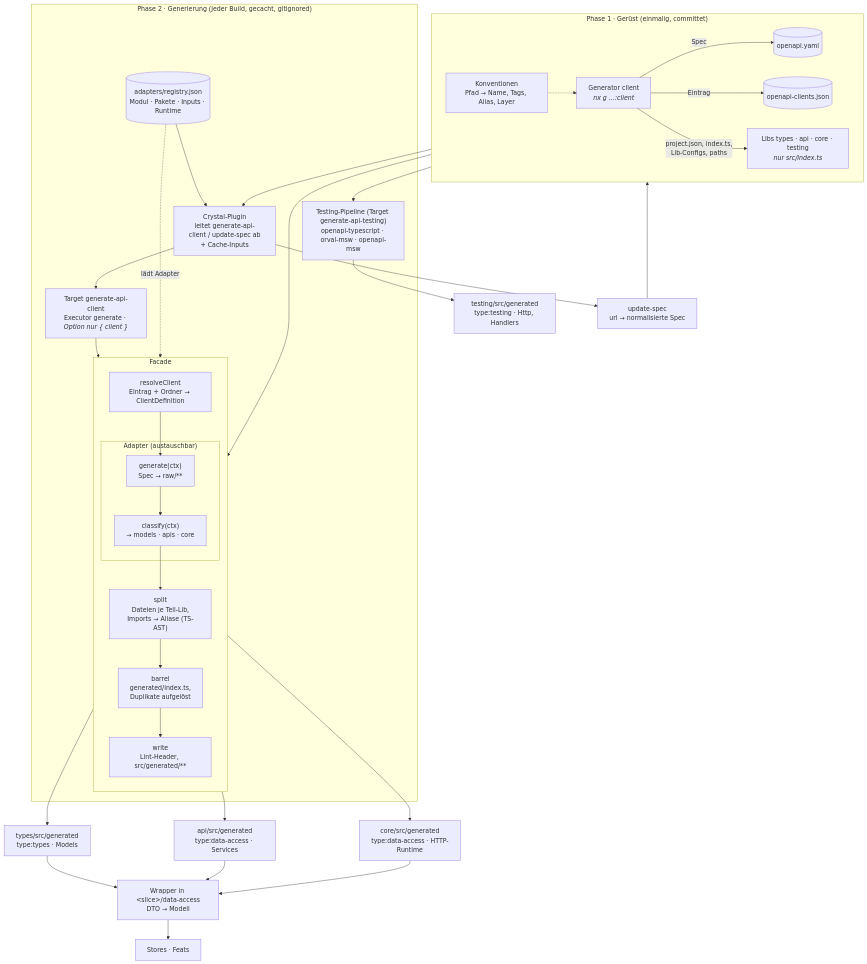
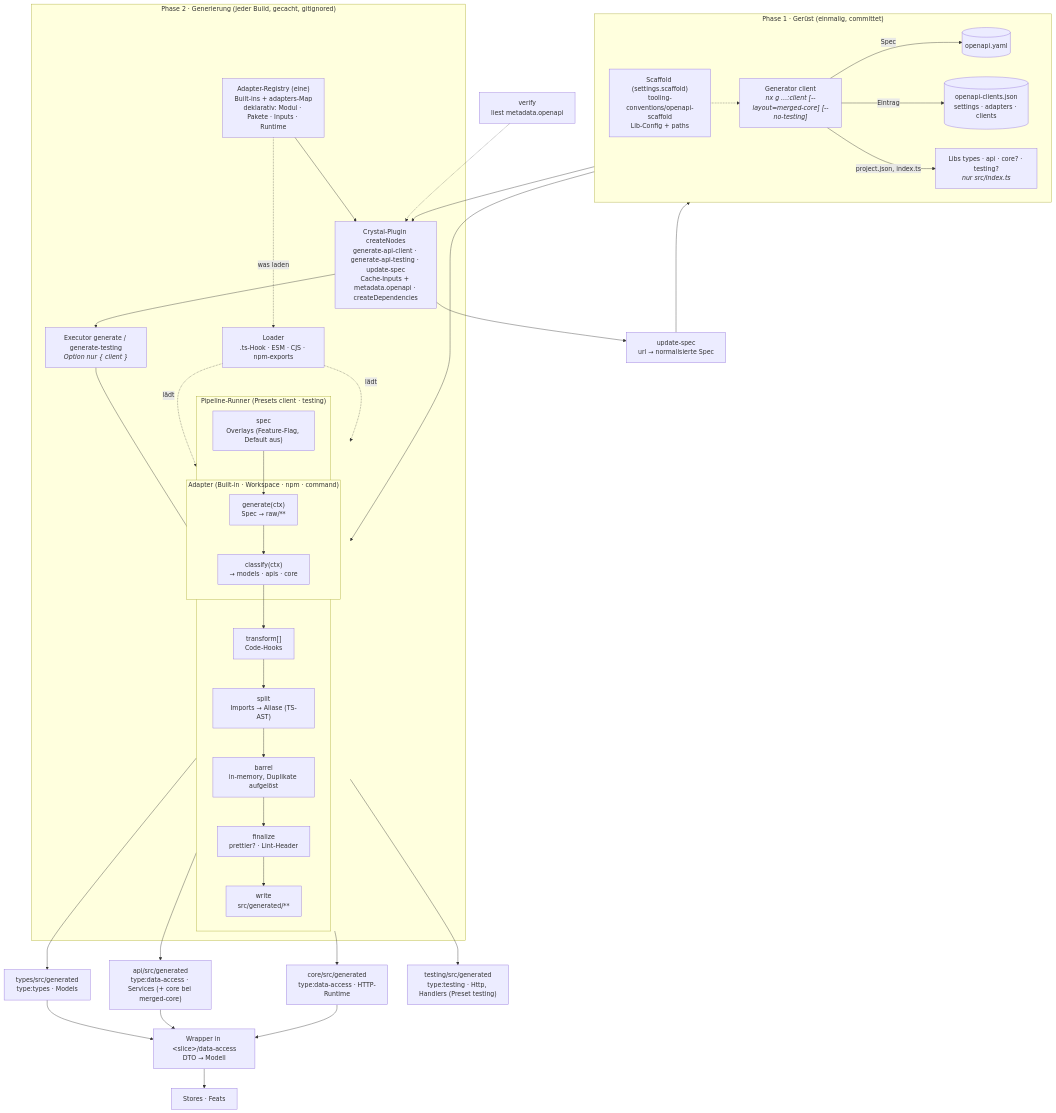
One commit to michaelbe812/mo-transfer changed the diagram in docs/nx-umsetzung.md. Above: the diagram before and after it, drawn with Mermaid. The commit also changed other lines of this file and 5 other files, not shown here.

First line of the commit message:
docs: openapi-pipeline-architektur, consumer-guide, diagramm

````diff
--- a/docs/nx-umsetzung.md
+++ b/docs/nx-umsetzung.md
@@ -405,47 +406,50 @@
 ```mermaid
 flowchart TB
   subgraph P1["Phase 1 · Gerüst (einmalig, committet)"]
     direction LR
-    G["Generator client<br/><i>nx g …:client</i>"]
+    G["Generator client<br/><i>nx g …:client [--layout=merged-core] [--no-testing]</i>"]
     G -->|Spec| SPEC[("openapi.yaml")]
-    G -->|Eintrag| REG[("openapi-clients.json")]
-    G -->|"project.json, index.ts,<br/>Lib-Configs, paths"| LIBS["Libs types · api · core · testing<br/><i>nur src/index.ts</i>"]
-    CONV["Konventionen<br/>Pfad → Name, Tags, Alias, Layer"] -.-> G
+    G -->|Eintrag| REG[("openapi-clients.json<br/>settings · adapters · clients")]
+    G -->|"project.json, index.ts"| LIBS["Libs types · api · core? · testing?<br/><i>nur src/index.ts</i>"]
+    SCAF["Scaffold (settings.scaffold)<br/>tooling-conventions/openapi-scaffold<br/>Lib-Config + paths"] -.-> G
   end
 
   subgraph P2["Phase 2 · Generierung (jeder Build, gecacht, gitignored)"]
-    PLUGIN["Crystal-Plugin<br/>leitet generate-api-client / update-spec ab<br/>+ Cache-Inputs"]
-    ADREG[("adapters/registry.json<br/>Modul · Pakete · Inputs · Runtime")]
-    EXEC["Target generate-api-client<br/>Executor generate · <i>Option nur { client }</i>"]
-    subgraph FACADE["Facade"]
+    PLUGIN["Crystal-Plugin createNodes<br/>generate-api-client · generate-api-testing · update-spec<br/>Cache-Inputs + metadata.openapi · createDependencies"]
+    ADREG["Adapter-Registry (eine)<br/>Built-ins + adapters-Map<br/>deklarativ: Modul · Pakete · Inputs · Runtime"]
+    EXEC["Executor generate / generate-testing<br/><i>Option nur { client }</i>"]
+    subgraph RUNNER["Pipeline-Runner (Presets client · testing)"]
       direction TB
-      RES["resolveClient<br/>Eintrag + Ordner → ClientDefinition"]
-      subgraph ADAPTER["Adapter (austauschbar)"]
+      SP["spec<br/>Overlays (Feature-Flag, Default aus)"]
+      subgraph ADAPTER["Adapter (Built-in · Workspace · npm · command)"]
         GEN["generate(ctx)<br/>Spec → raw/**"]
         CLS["classify(ctx)<br/>→ models · apis · core"]
       end
-      SPLIT["split<br/>Dateien je Teil-Lib,<br/>Imports → Aliase (TS-AST)"]
-      BAR["barrel<br/>generated/index.ts,<br/>Duplikate aufgelöst"]
-      WR["write<br/>Lint-Header, src/generated/**"]
-      RES --> GEN --> CLS --> SPLIT --> BAR --> WR
+      TR["transform[]<br/>Code-Hooks"]
+      SPLIT["split<br/>Imports → Aliase (TS-AST)"]
+      BAR["barrel<br/>in-memory, Duplikate aufgelöst"]
+      FIN["finalize<br/>prettier? · Lint-Header"]
+      WR["write<br/>src/generated/**"]
+      SP --> GEN --> CLS --> TR --> SPLIT --> BAR --> FIN --> WR
     end
-    TEST["Testing-Pipeline (Target generate-api-testing)<br/>openapi-typescript · orval-msw · openapi-msw"]
+    LOADER["Loader<br/>.ts-Hook · ESM · CJS · npm-exports"]
   end
 
   REG --> PLUGIN
   ADREG --> PLUGIN
-  PLUGIN --> EXEC --> RES
-  ADREG -. lädt Adapter .-> GEN
-  SPEC --> GEN
-  SPEC --> TEST
+  PLUGIN --> EXEC --> SP
+  ADREG -. was laden .-> LOADER -. lädt .-> GEN
+  LOADER -. lädt .-> TR
+  SPEC --> SP
 
   WR --> T["types/src/generated<br/>type:types · Models"]
-  WR --> A["api/src/generated<br/>type:data-access · Services"]
+  WR --> A["api/src/generated<br/>type:data-access · Services (+ core bei merged-core)"]
   WR --> C["core/src/generated<br/>type:data-access · HTTP-Runtime"]
-  TEST --> TS["testing/src/generated<br/>type:testing · Http, Handlers"]
+  WR --> TS["testing/src/generated<br/>type:testing · Http, Handlers (Preset testing)"]
   T & A & C --> DA["Wrapper in &lt;slice&gt;/data-access<br/>DTO → Modell"]
   DA --> FE["Stores · Feats"]
 
   UPD["update-spec<br/>url → normalisierte Spec"] --> SPEC
   PLUGIN --> UPD
+  VER["verify<br/>liest metadata.openapi"] -.-> PLUGIN
 ```
````
